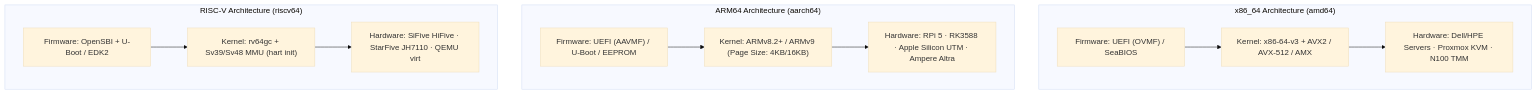
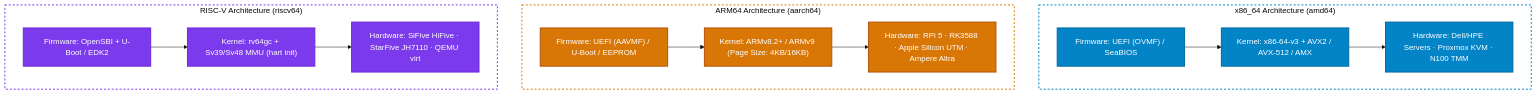
The diagram in docs/hardware/architectures-and-form-factors.md (lusoris/lusoris-cloud-images), drawn with Mermaid (base theme) before and after one commit. The commit also changed 53 other files, not shown here.

First line of the commit message:
feat(agents): implement ai studio managed agents fleet, compliance pipeline, and diagram styling (#24)

````diff
--- a/docs/hardware/architectures-and-form-factors.md
+++ b/docs/hardware/architectures-and-form-factors.md
@@ -15,23 +15,32 @@
 ```mermaid
 flowchart TD
+    %% Semantic class definitions with vibrant, high-contrast jewel palettes
+    classDef x86 fill:#0284c7,stroke:#0369a1,stroke-width:2px,color:#ffffff
+    classDef arm fill:#d97706,stroke:#b45309,stroke-width:2px,color:#ffffff
+    classDef riscv fill:#7c3aed,stroke:#6d28d9,stroke-width:2px,color:#ffffff
+
     subgraph x86["x86_64 Architecture (amd64)"]
-        F_x86["Firmware: UEFI (OVMF) / SeaBIOS"]
-        K_x86["Kernel: x86-64-v3 + AVX2 / AVX-512 / AMX"]
-        HW_x86["Hardware: Dell/HPE Servers · Proxmox KVM · N100 TMM"]
+        F_x86["Firmware: UEFI (OVMF) / SeaBIOS"]:::x86
+        K_x86["Kernel: x86-64-v3 + AVX2 / AVX-512 / AMX"]:::x86
+        HW_x86["Hardware: Dell/HPE Servers · Proxmox KVM · N100 TMM"]:::x86
         F_x86 --> K_x86 --> HW_x86
     end
 
     subgraph ARM["ARM64 Architecture (aarch64)"]
-        F_arm["Firmware: UEFI (AAVMF) / U-Boot / EEPROM"]
-        K_arm["Kernel: ARMv8.2+ / ARMv9 (Page Size: 4KB/16KB)"]
-        HW_arm["Hardware: RPi 5 · RK3588 · Apple Silicon UTM · Ampere Altra"]
+        F_arm["Firmware: UEFI (AAVMF) / U-Boot / EEPROM"]:::arm
+        K_arm["Kernel: ARMv8.2+ / ARMv9 (Page Size: 4KB/16KB)"]:::arm
+        HW_arm["Hardware: RPi 5 · RK3588 · Apple Silicon UTM · Ampere Altra"]:::arm
         F_arm --> K_arm --> HW_arm
     end
 
     subgraph RISCV["RISC-V Architecture (riscv64)"]
-        F_riscv["Firmware: OpenSBI + U-Boot / EDK2"]
-        K_riscv["Kernel: rv64gc + Sv39/Sv48 MMU (hart init)"]
-        HW_riscv["Hardware: SiFive HiFive · StarFive JH7110 · QEMU virt"]
+        F_riscv["Firmware: OpenSBI + U-Boot / EDK2"]:::riscv
+        K_riscv["Kernel: rv64gc + Sv39/Sv48 MMU (hart init)"]:::riscv
+        HW_riscv["Hardware: SiFive HiFive · StarFive JH7110 · QEMU virt"]:::riscv
         F_riscv --> K_riscv --> HW_riscv
     end
+
+    style x86 fill:none,stroke:#0284c7,stroke-width:2px,stroke-dasharray: 4 4
+    style ARM fill:none,stroke:#d97706,stroke-width:2px,stroke-dasharray: 4 4
+    style RISCV fill:none,stroke:#7c3aed,stroke-width:2px,stroke-dasharray: 4 4
 ```
````
